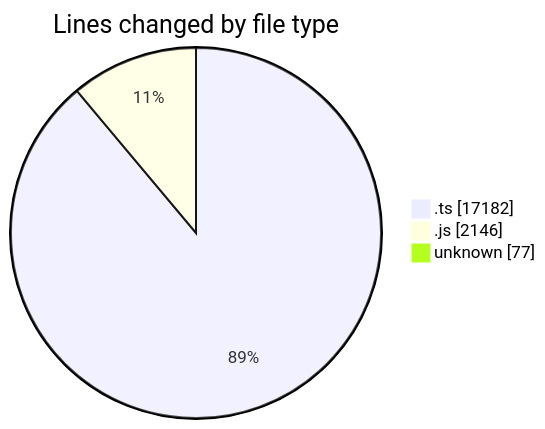
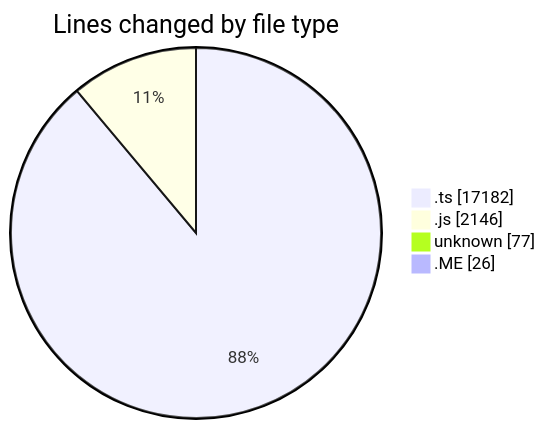
Before and after one commit to momahboobian/code-tracking: the first of 2 diagrams in 2026-02-03/cda/README.md, drawn with Mermaid. The commit also changed other lines of this file and 1 other file, not shown here.

````diff
--- a/2026-02-03/cda/README.md
+++ b/2026-02-03/cda/README.md
@@ -28,7 +29,8 @@
 ```mermaid
 pie showData
 title Lines changed by file type
 ".ts" : 17182
 ".js" : 2146
 "unknown" : 77
+".ME" : 26
 ```
````
